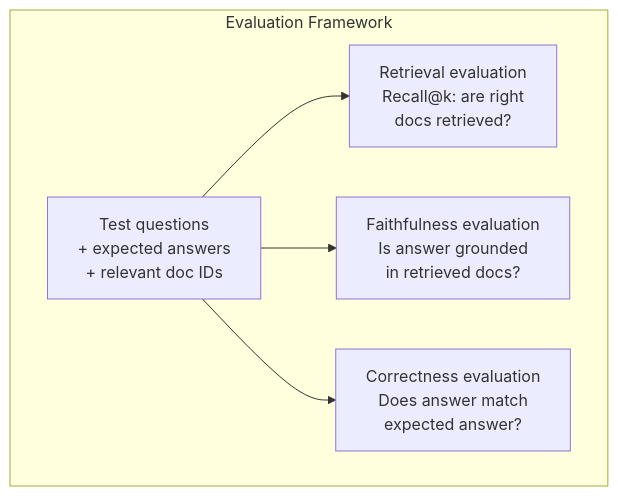
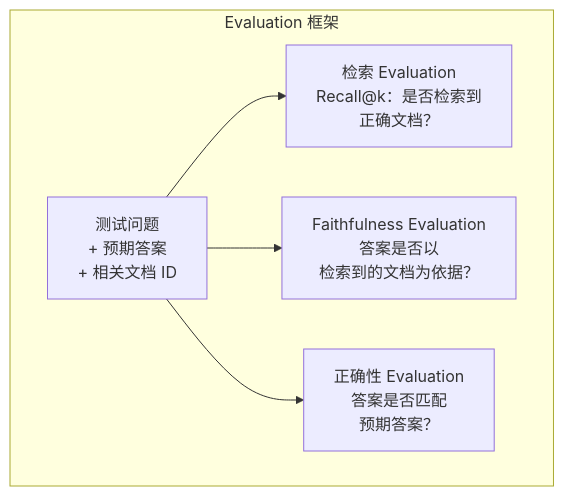
The third of 3 diagrams in phases/11-llm-engineering/07-advanced-rag/docs/en.md (cluster1900/ai-engineering-from-scratch-zh), drawn with Mermaid before and after one commit. The commit also changed other lines of this file and 1 other file, not shown here.

````diff
--- a/phases/11-llm-engineering/07-advanced-rag/docs/en.md
+++ b/phases/11-llm-engineering/07-advanced-rag/docs/en.md
@@ -163,9 +162,9 @@
 ```mermaid
 graph TD
-    subgraph "Evaluation Framework"
-        Q["Test questions<br/>+ expected answers<br/>+ relevant doc IDs"]
-        Q --> Ret["Retrieval evaluation<br/>Recall@k: are right<br/>docs retrieved?"]
-        Q --> Faith["Faithfulness evaluation<br/>Is answer grounded<br/>in retrieved docs?"]
-        Q --> Correct["Correctness evaluation<br/>Does answer match<br/>expected answer?"]
+    subgraph "Evaluation 框架"
+        Q["测试问题<br/>+ 预期答案<br/>+ 相关文档 ID"]
+        Q --> Ret["检索 Evaluation<br/>Recall@k：是否检索到<br/>正确文档？"]
+        Q --> Faith["Faithfulness Evaluation<br/>答案是否以<br/>检索到的文档为依据？"]
+        Q --> Correct["正确性 Evaluation<br/>答案是否匹配<br/>预期答案？"]
     end
 ```
````
